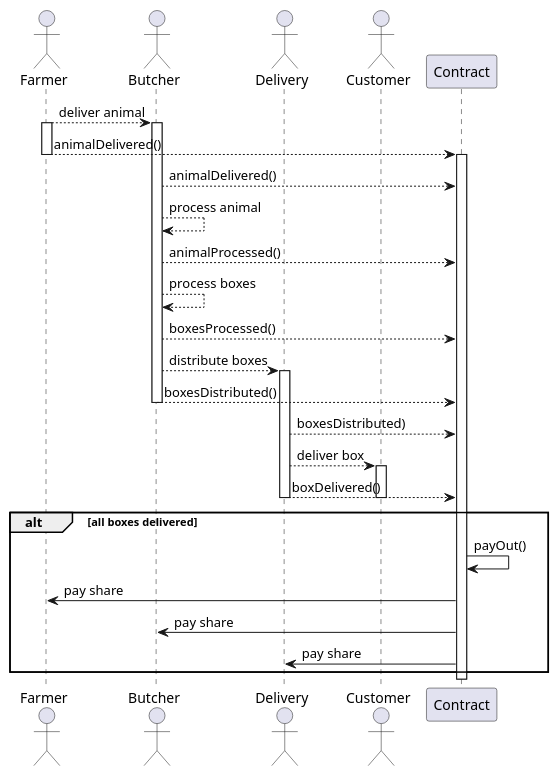
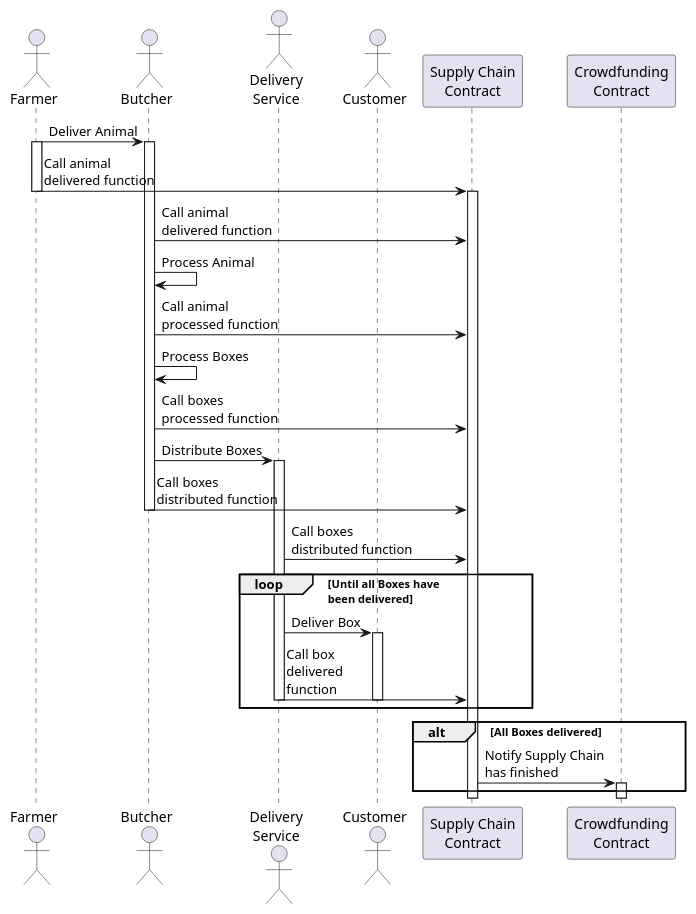
Before and after one commit to mstolin/146157_Blockchain: the diagram in docs/supplyChainSequence.plantuml, drawn with PlantUML. The commit also changed 3 other files, not shown here.

Commit message:
Updated sequence diagrams

```diff
--- a/docs/supplyChainSequence.plantuml
+++ b/docs/supplyChainSequence.plantuml
@@ -1,39 +1,41 @@
 @startuml
 actor Farmer as farmer
 actor Butcher as butcher
-actor Delivery as delivery
+actor "Delivery\nService" as delivery
 actor Customer as customer
-participant Contract as contract
+participant "Supply Chain\nContract" as supplyContract
+participant "Crowdfunding\nContract" as crowdContract
 
-farmer --> butcher: deliver animal
+farmer -> butcher: Deliver Animal
 activate farmer
 activate butcher
-farmer --> contract: animalDelivered()
+farmer -> supplyContract: Call animal\ndelivered function
 deactivate farmer
-activate contract
-butcher --> contract: animalDelivered()
+activate supplyContract
+butcher -> supplyContract: Call animal\ndelivered function
 
-butcher --> butcher: process animal
-butcher --> contract: animalProcessed()
-butcher --> butcher: process boxes
-butcher --> contract: boxesProcessed()
-butcher --> delivery: distribute boxes
+butcher -> butcher: Process Animal
+butcher -> supplyContract: Call animal\nprocessed function
+butcher -> butcher: Process Boxes
+butcher -> supplyContract: Call boxes\nprocessed function
+butcher -> delivery: Distribute Boxes
 activate delivery
-butcher --> contract: boxesDistributed()
+butcher -> supplyContract: Call boxes\ndistributed function
 deactivate butcher
-delivery --> contract: boxesDistributed)
+delivery -> supplyContract: Call boxes\ndistributed function
 
-delivery --> customer: deliver box
-activate customer
-delivery --> contract: boxDelivered()
-deactivate customer
-deactivate delivery
+loop Until all Boxes have\nbeen delivered
+    delivery -> customer: Deliver Box
+    activate customer
+    delivery -> supplyContract: Call box\ndelivered\nfunction
+    deactivate customer
+    deactivate delivery
+end
 
-alt all boxes delivered
-    contract -> contract: payOut()
-    contract -> farmer: pay share
-    contract -> butcher: pay share
-    contract -> delivery: pay share
+alt All Boxes delivered
+    supplyContract -> crowdContract: Notify Supply Chain\nhas finished
+    activate crowdContract
 end
-deactivate contract
+deactivate crowdContract
+deactivate supplyContract
 @enduml
```
